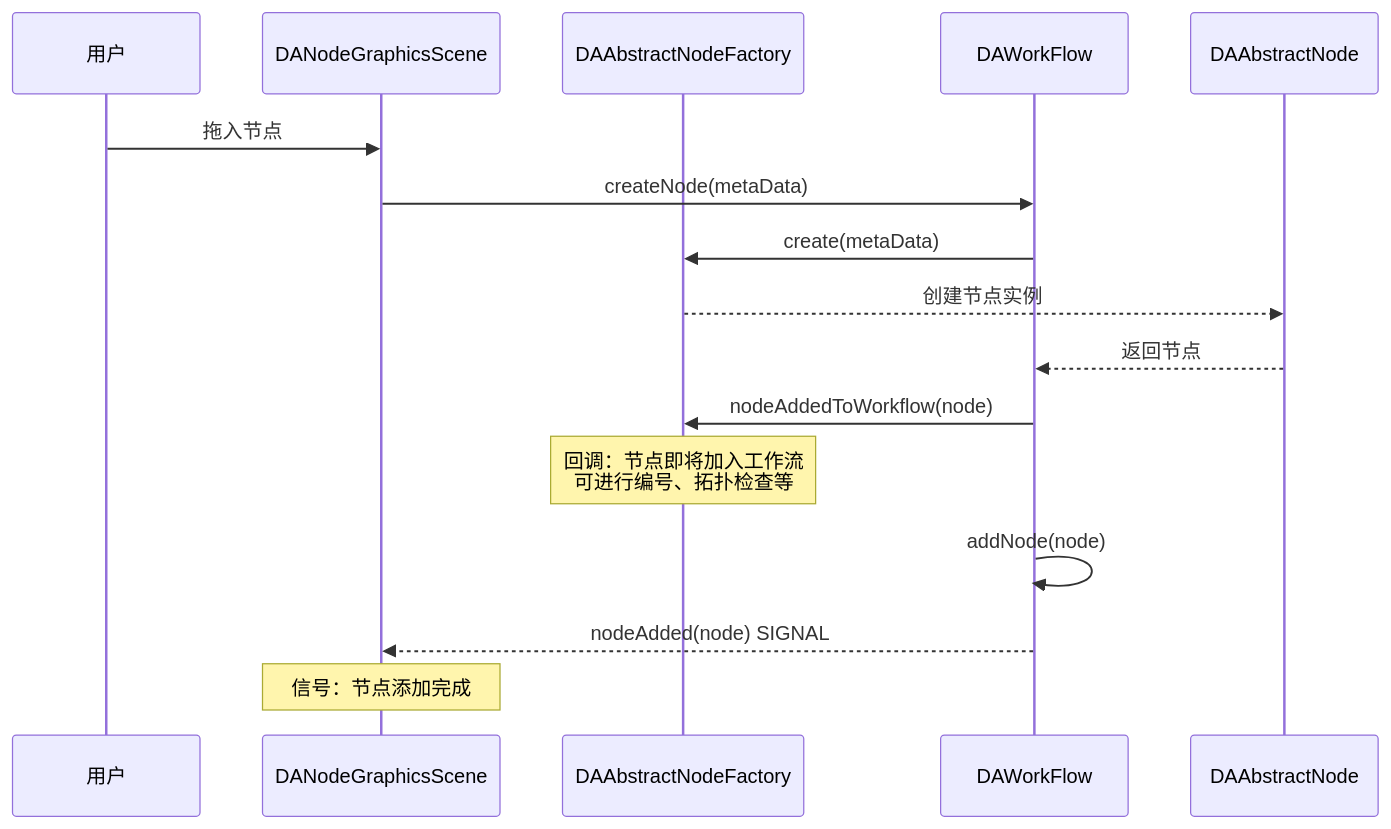
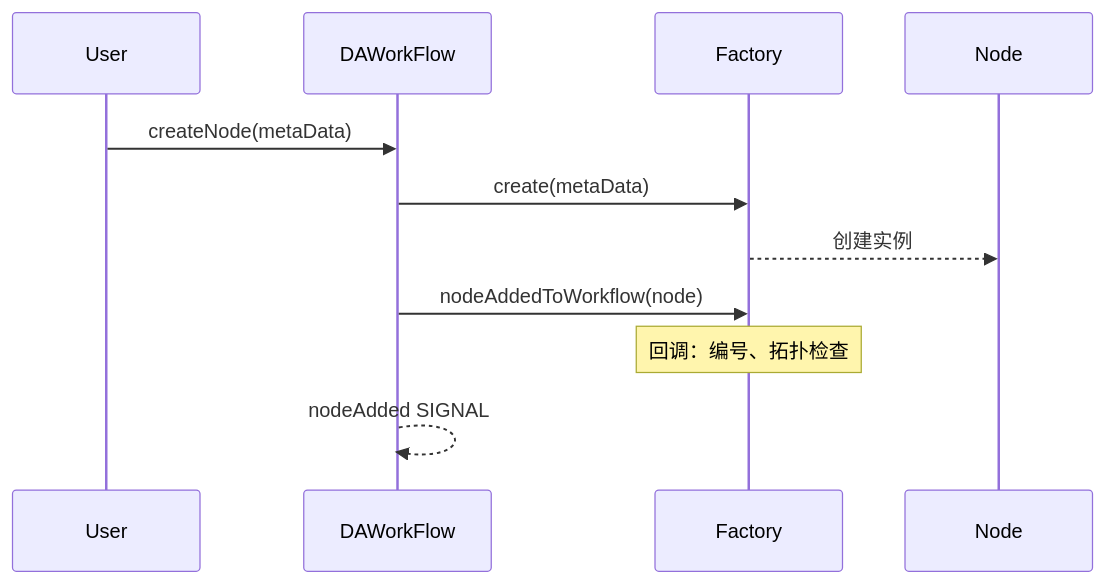
Before and after one commit to czyt1988/data-workbench: the third of 4 diagrams in docs/zh/dev-guide/workflow-lifecycle.md, drawn with Mermaid. The commit also changed other lines of this file, not shown here.

````diff
--- a/docs/zh/dev-guide/workflow-lifecycle.md
+++ b/docs/zh/dev-guide/workflow-lifecycle.md
@@ -58,21 +100,14 @@
 ```mermaid
 sequenceDiagram
-    participant User as 用户
-    participant Scene as DANodeGraphicsScene
-    participant Factory as DAAbstractNodeFactory
+    participant User
     participant Workflow as DAWorkFlow
-    participant Node as DAAbstractNode
+    participant Factory
+    participant Node
     
-    User->>Scene: 拖入节点
-    Scene->>Workflow: createNode(metaData)
+    User->>Workflow: createNode(metaData)
     Workflow->>Factory: create(metaData)
-    Factory-->>Node: 创建节点实例
-    Node-->>Workflow: 返回节点
-    
+    Factory-->>Node: 创建实例
     Workflow->>Factory: nodeAddedToWorkflow(node)
-    Note over Factory: 回调：节点即将加入工作流<br/>可进行编号、拓扑检查等
-    
-    Workflow->>Workflow: addNode(node)
-    Workflow-->>Scene: nodeAdded(node) SIGNAL
-    Note over Scene: 信号：节点添加完成
+    Note over Factory: 回调：编号、拓扑检查
+    Workflow-->>Workflow: nodeAdded SIGNAL
 ```
````
